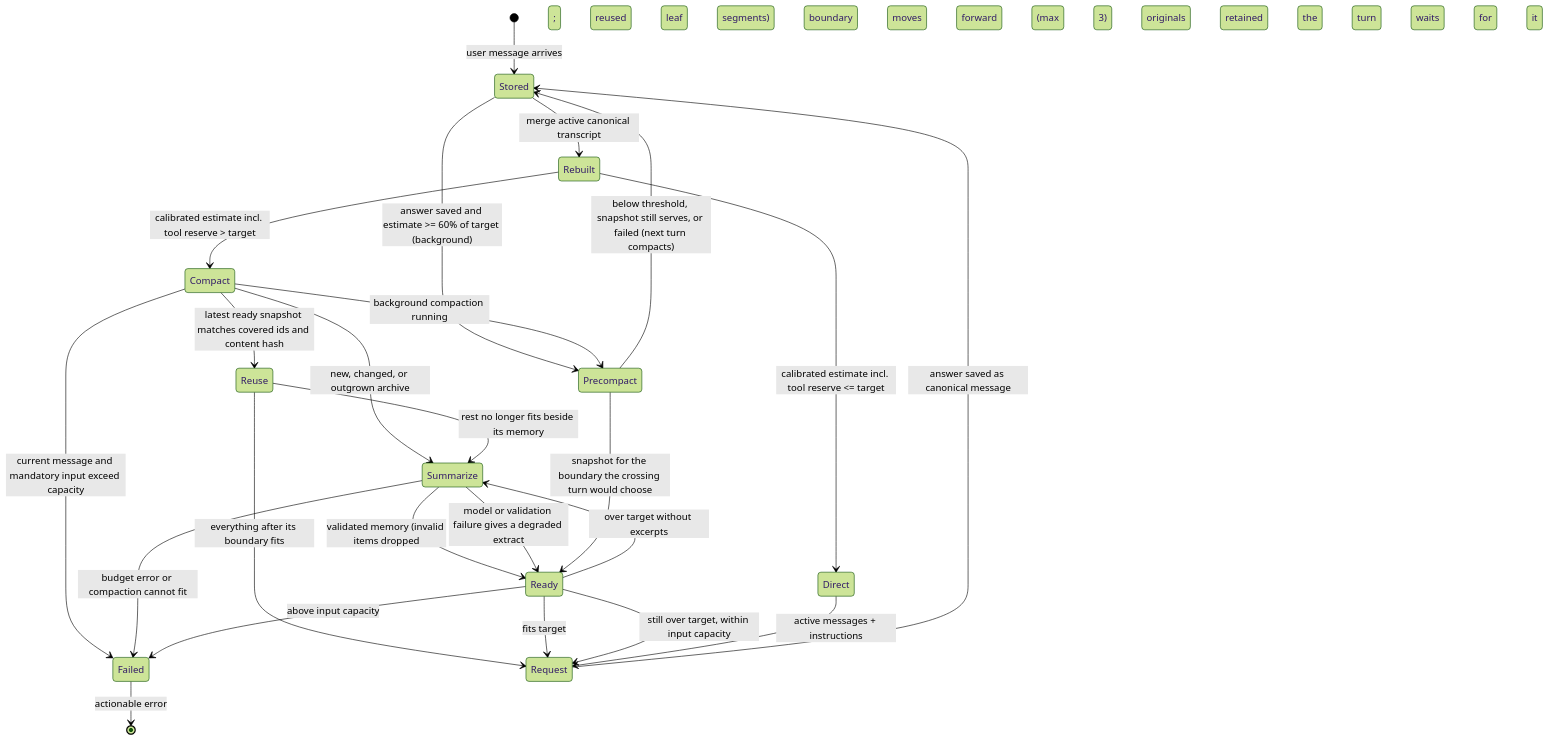
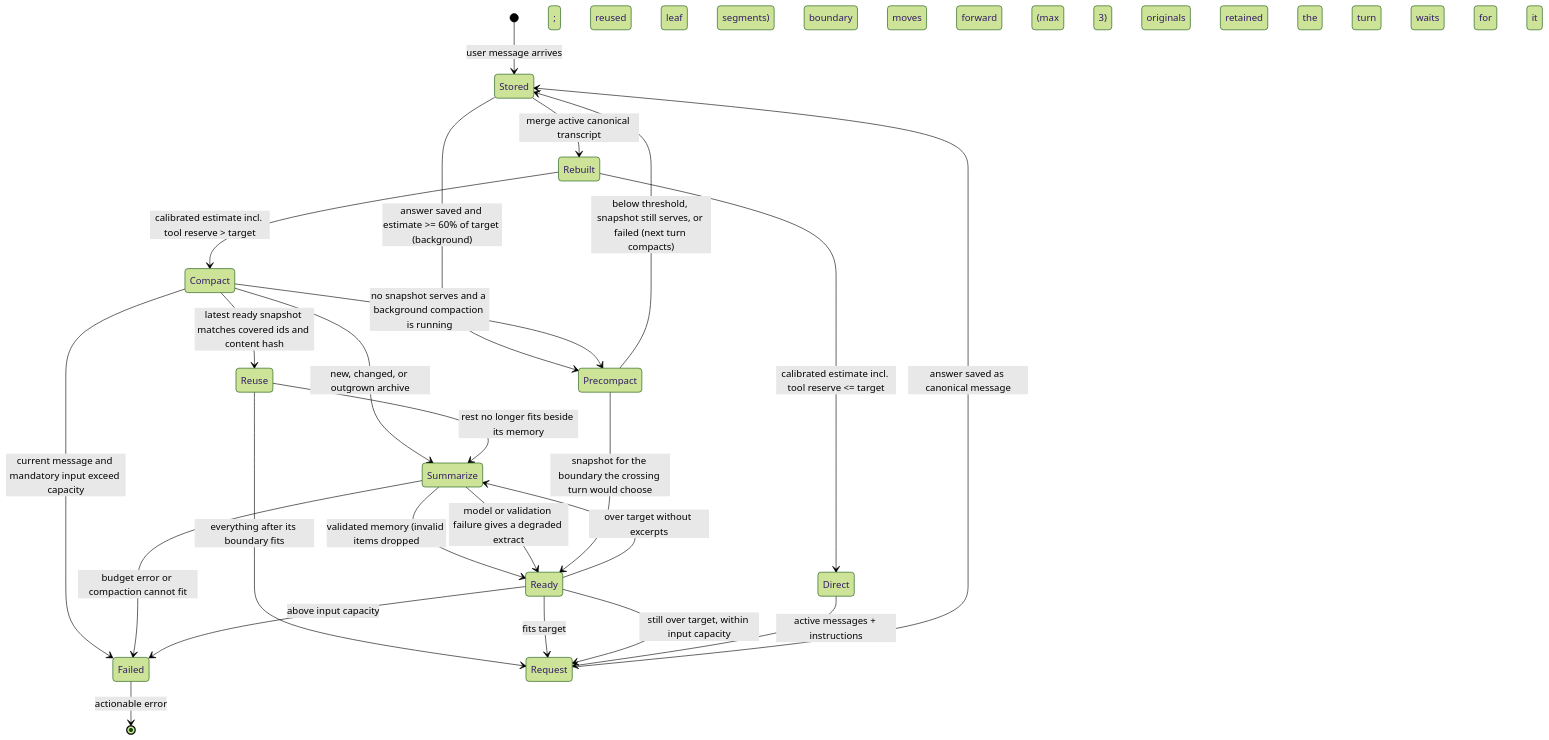
Before and after one commit to berylliumsec/nebula: the first of 2 diagrams in docs/design/assistant-context-state-machine.md, drawn with Mermaid (forest theme). The commit also changed 1 other file, not shown here.

Commit message:
Document when a turn waits for background compaction

````diff
--- a/docs/design/assistant-context-state-machine.md
+++ b/docs/design/assistant-context-state-machine.md
@@ -12,26 +12,26 @@
 ```mermaid
 stateDiagram-v2
     [*] --> Stored: user message arrives
     Stored --> Rebuilt: merge active canonical transcript
     Rebuilt --> Direct: calibrated estimate incl. tool reserve <= target
     Rebuilt --> Compact: calibrated estimate incl. tool reserve > target
     Compact --> Reuse: latest ready snapshot matches covered ids and content hash
     Compact --> Summarize: new, changed, or outgrown archive
     Compact --> Failed: current message and mandatory input exceed capacity
     Reuse --> Request: everything after its boundary fits
     Reuse --> Summarize: rest no longer fits beside its memory
     Summarize --> Ready: validated memory (invalid items dropped; reused leaf segments)
     Summarize --> Ready: model or validation failure gives a degraded extract
     Summarize --> Failed: budget error or compaction cannot fit
     Ready --> Request: fits target
     Ready --> Summarize: over target without excerpts; boundary moves forward (max 3)
     Ready --> Request: still over target, within input capacity
     Ready --> Failed: above input capacity
     Direct --> Request: active messages + instructions
     Failed --> [*]: actionable error; originals retained
     Request --> Stored: answer saved as canonical message
     Stored --> Precompact: answer saved and estimate >= 60% of target (background)
     Precompact --> Ready: snapshot for the boundary the crossing turn would choose
     Precompact --> Stored: below threshold, snapshot still serves, or failed (next turn compacts)
-    Compact --> Precompact: background compaction running; the turn waits for it
+    Compact --> Precompact: no snapshot serves and a background compaction is running; the turn waits for it
 ```
````
